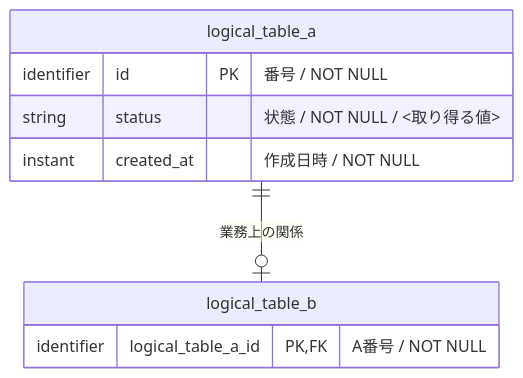
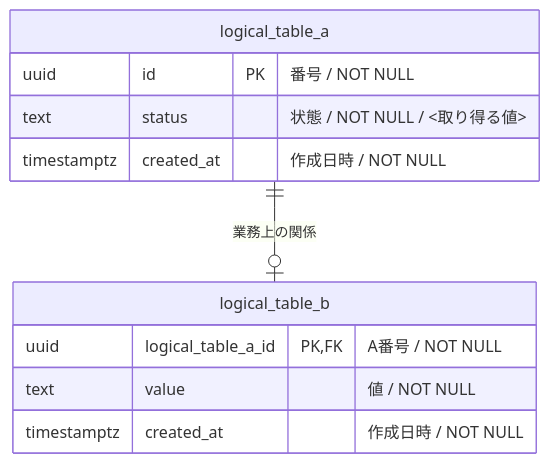
The diagram in plugins/write-doc/skills/write-doc/assets/templates/rdb-logical-data-modeling.md (nakamori-naoya/write-doc-plugins), drawn with Mermaid before and after one commit. The commit also changed other lines of this file and 7 other files, not shown here.

Commit message:
RDB論理ER図に全列とPostgreSQL型を記載

````diff
--- a/plugins/write-doc/skills/write-doc/assets/templates/rdb-logical-data-modeling.md
+++ b/plugins/write-doc/skills/write-doc/assets/templates/rdb-logical-data-modeling.md
@@ -61,12 +65,14 @@
 ```mermaid
 erDiagram
     logical_table_a {
-        identifier id PK "番号 / NOT NULL"
-        string status "状態 / NOT NULL / <取り得る値>"
-        instant created_at "作成日時 / NOT NULL"
+        uuid id PK "番号 / NOT NULL"
+        text status "状態 / NOT NULL / <取り得る値>"
+        timestamptz created_at "作成日時 / NOT NULL"
     }
     logical_table_b {
-        identifier logical_table_a_id PK, FK "A番号 / NOT NULL"
+        uuid logical_table_a_id PK, FK "A番号 / NOT NULL"
+        text value "値 / NOT NULL"
+        timestamptz created_at "作成日時 / NOT NULL"
     }
     logical_table_a ||--o| logical_table_b : "業務上の関係"
 ```
````
